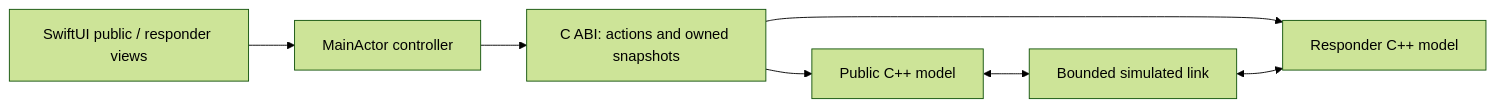
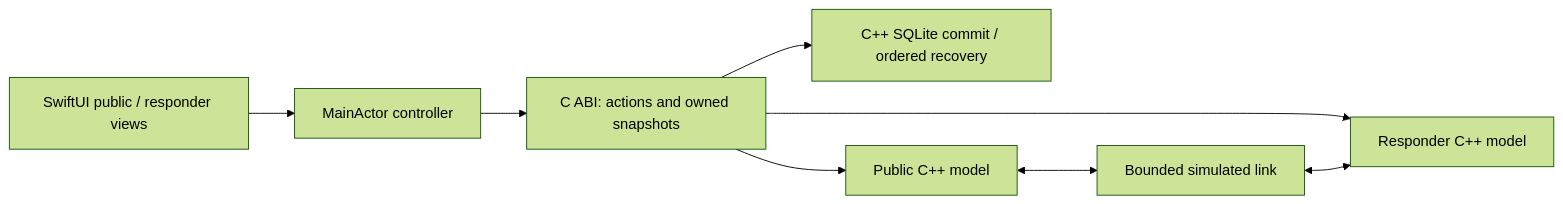
One commit to archiips/offline-rescue-network changed the diagram in experiments/rescue-demo/README.md. Above: the diagram before and after it, drawn with Mermaid (forest theme). The commit also changed other lines of this file and 19 other files, not shown here.

````diff
--- a/experiments/rescue-demo/README.md
+++ b/experiments/rescue-demo/README.md
@@ -35,9 +36,10 @@
 ```mermaid
 flowchart LR
   UI[SwiftUI public / responder views] --> Swift[MainActor controller]
   Swift --> ABI[C ABI: actions and owned snapshots]
+  ABI --> Store[C++ SQLite commit / ordered recovery]
   ABI --> Public[Public C++ model]
   ABI --> Command[Responder C++ model]
   Public <--> Queue[Bounded simulated link]
   Queue <--> Command
 ```
````
